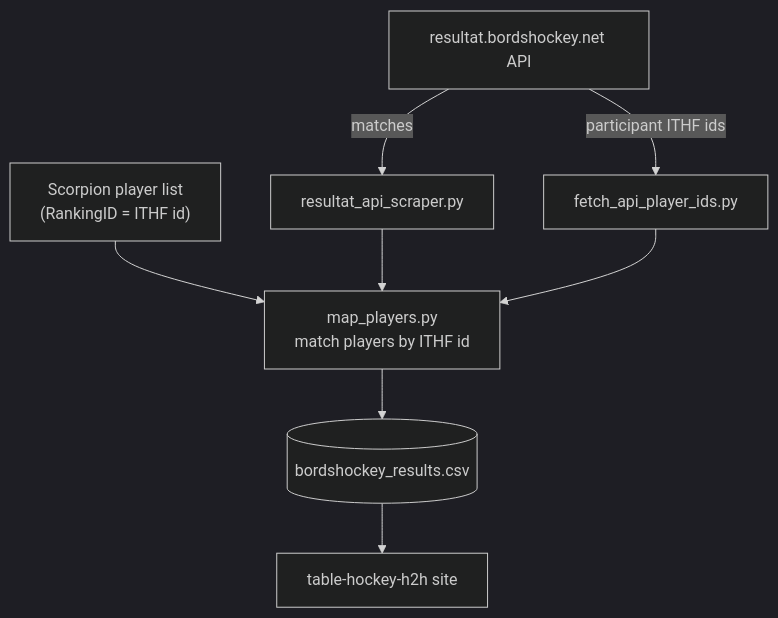
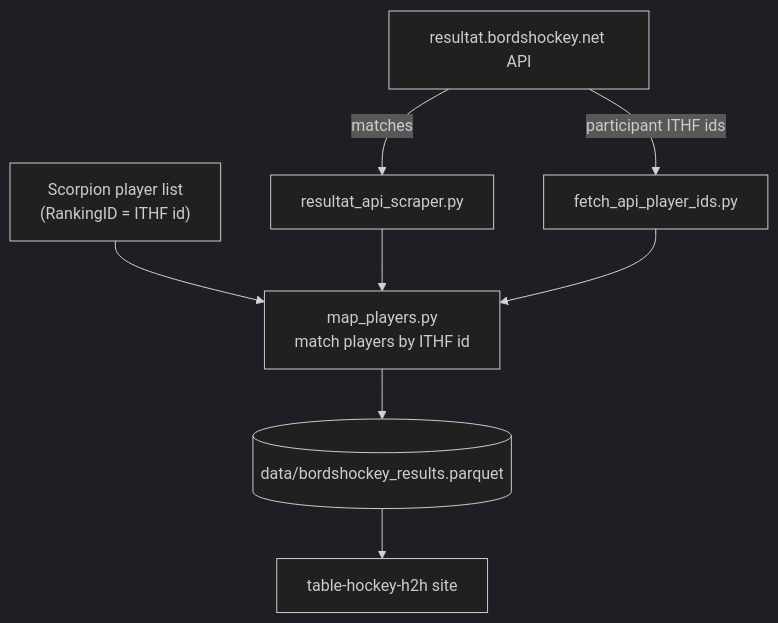
Before and after one commit to amundfylling/bordshockey.net-scraper: the diagram in docs/flow.mmd, drawn with Mermaid (dark theme). The commit also changed 13 other files, not shown here.

```diff
--- a/docs/flow.mmd
+++ b/docs/flow.mmd
@@ -1,8 +1,8 @@
 flowchart TD
     API["resultat.bordshockey.net API"] -->|matches| Fetch["resultat_api_scraper.py"]
     API -->|participant ITHF ids| Ids["fetch_api_player_ids.py"]
     Scorpion["Scorpion player list<br/>(RankingID = ITHF id)"] --> Map
     Fetch --> Map["map_players.py<br/>match players by ITHF id"]
     Ids --> Map
-    Map --> CSV[("bordshockey_results.csv")]
-    CSV --> H2H["table-hockey-h2h site"]
+    Map --> Store[("data/bordshockey_results.parquet")]
+    Store --> H2H["table-hockey-h2h site"]
```
